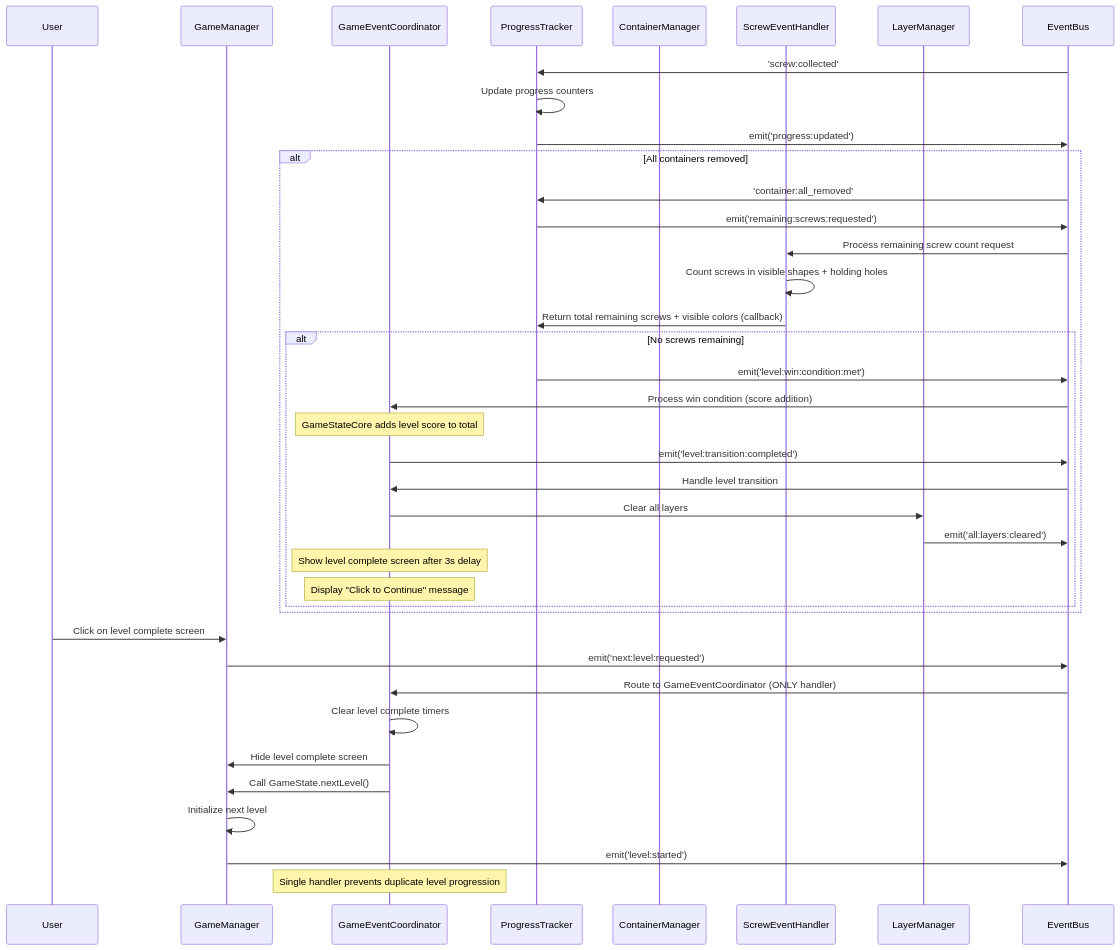
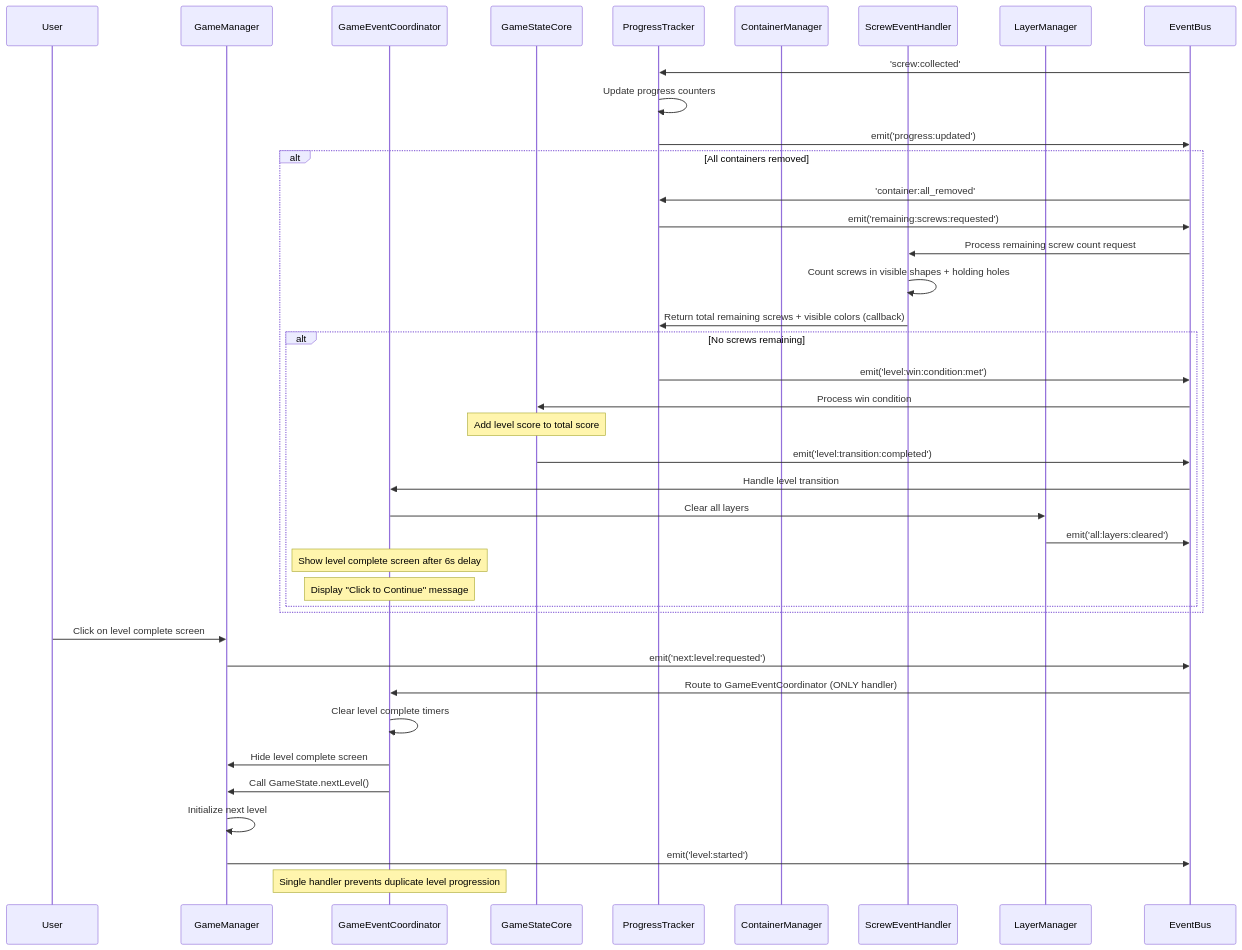
Before and after one commit to paulrobello/par-shape-2d: the fifth of 12 diagrams in docs/game_event_flows.md, drawn with Mermaid. The commit also changed other lines of this file and 3 other files, not shown here.

````diff
--- a/docs/game_event_flows.md
+++ b/docs/game_event_flows.md
@@ -438,47 +481,48 @@
 ```mermaid
 sequenceDiagram
     participant User
     participant GM as GameManager
     participant GEC as GameEventCoordinator
+    participant GSC as GameStateCore
     participant PT as ProgressTracker
     participant CM as ContainerManager
     participant SEH as ScrewEventHandler
     participant LM as LayerManager
     participant EB as EventBus
 
     EB->>PT: 'screw:collected'
     PT->>PT: Update progress counters
     PT->>EB: emit('progress:updated')
     
     alt All containers removed
         EB->>PT: 'container:all_removed'
         PT->>EB: emit('remaining:screws:requested')
         EB->>SEH: Process remaining screw count request
         SEH->>SEH: Count screws in visible shapes + holding holes
         SEH->>PT: Return total remaining screws + visible colors (callback)
         
         alt No screws remaining
             PT->>EB: emit('level:win:condition:met')
-            EB->>GEC: Process win condition (score addition)
-            Note over GEC: GameStateCore adds level score to total
-            GEC->>EB: emit('level:transition:completed')
+            EB->>GSC: Process win condition
+            Note over GSC: Add level score to total score
+            GSC->>EB: emit('level:transition:completed')
             EB->>GEC: Handle level transition
             GEC->>LM: Clear all layers
             LM->>EB: emit('all:layers:cleared')
             
-            Note over GEC: Show level complete screen after 3s delay
+            Note over GEC: Show level complete screen after 6s delay
             Note over GEC: Display "Click to Continue" message
         end
     end
     
     User->>GM: Click on level complete screen
     GM->>EB: emit('next:level:requested')
     EB->>GEC: Route to GameEventCoordinator (ONLY handler)
     GEC->>GEC: Clear level complete timers
     GEC->>GM: Hide level complete screen
     GEC->>GM: Call GameState.nextLevel()
     GM->>GM: Initialize next level
     GM->>EB: emit('level:started')
     
     Note over GEC: Single handler prevents duplicate level progression
 ```
````
